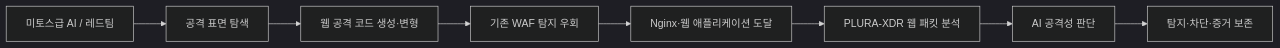
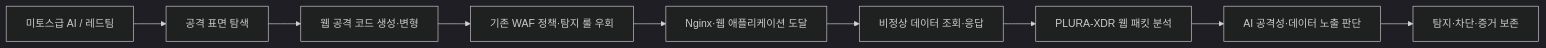
One commit to qubitsec/plura changed the second of 5 diagrams in ko/proposal/lg/poc-full.md. Above: the diagram before and after it, drawn with Mermaid (dark theme). The commit also changed other lines of this file, not shown here.

````diff
--- a/ko/proposal/lg/poc-full.md
+++ b/ko/proposal/lg/poc-full.md
@@ -114,14 +129,15 @@
 ```mermaid
 flowchart LR
     A["미토스급 AI / 레드팀"]
     B["공격 표면 탐색"]
     C["웹 공격 코드 생성·변형"]
-    D["기존 WAF 탐지 우회"]
+    D["기존 WAF 정책·탐지 룰 우회"]
     E["Nginx·웹 애플리케이션 도달"]
-    F["PLURA-XDR 웹 패킷 분석"]
-    G["AI 공격성 판단"]
-    H["탐지·차단·증거 보존"]
+    F["비정상 데이터 조회·응답"]
+    G["PLURA-XDR 웹 패킷 분석"]
+    H["AI 공격성·데이터 노출 판단"]
+    I["탐지·차단·증거 보존"]
 
     A --> B --> C --> D --> E
-    E --> F --> G --> H
+    E --> F --> G --> H --> I
 ```
````
